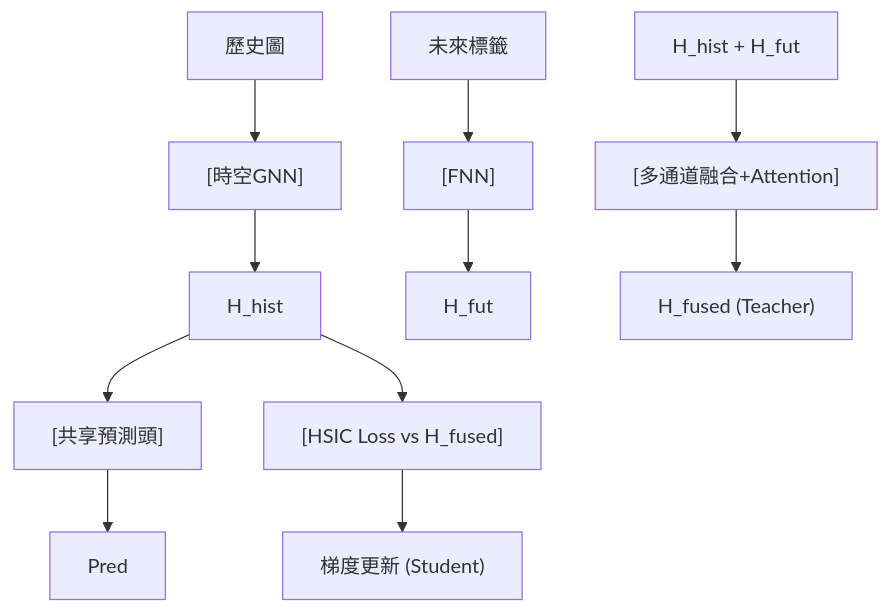
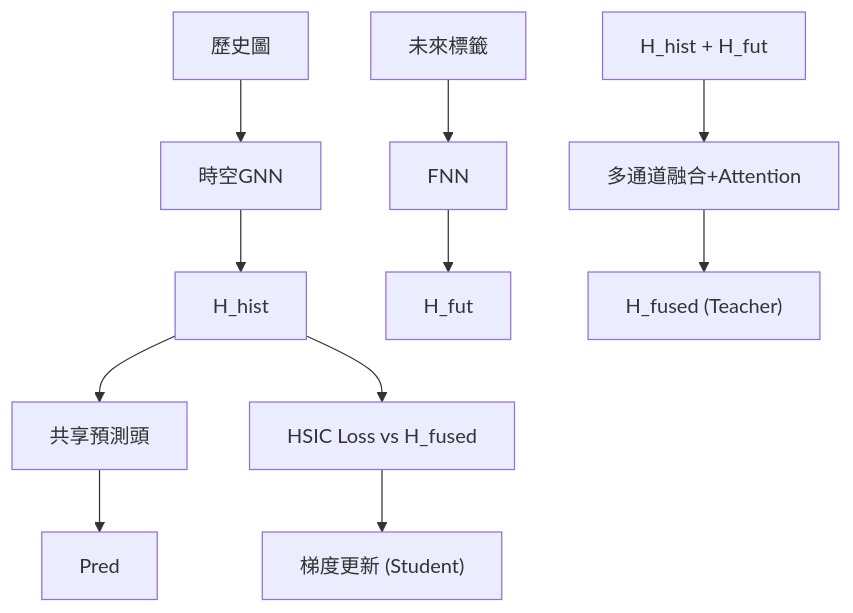
The diagram in foundations/graph-networks/dishft-gnn.md (sou350121/Trading-Handbook), drawn with Mermaid before and after one commit. The commit also changed 191 other files, not shown here.

First line of the commit message:
render: fix math + mermaid for GitHub across the corpus (188 pages)

````diff
--- a/foundations/graph-networks/dishft-gnn.md
+++ b/foundations/graph-networks/dishft-gnn.md
@@ -30,13 +30,13 @@
 ```mermaid
 flowchart TD
-    A["歷史圖"] --> B["[時空GNN]"]
+    A["歷史圖"] --> B["時空GNN"]
     B --> C["H_hist"]
-    D["未來標籤"] --> E["[FNN]"]
+    D["未來標籤"] --> E["FNN"]
     E --> F["H_fut"]
-    G["H_hist + H_fut"] --> H["[多通道融合+Attention]"]
+    G["H_hist + H_fut"] --> H["多通道融合+Attention"]
     H --> I["H_fused (Teacher)"]
-    C --> J["[共享預測頭]"]
+    C --> J["共享預測頭"]
     J --> K["Pred"]
-    C --> L["[HSIC Loss vs H_fused]"]
+    C --> L["HSIC Loss vs H_fused"]
     L --> M["梯度更新 (Student)"]
 ```
````
